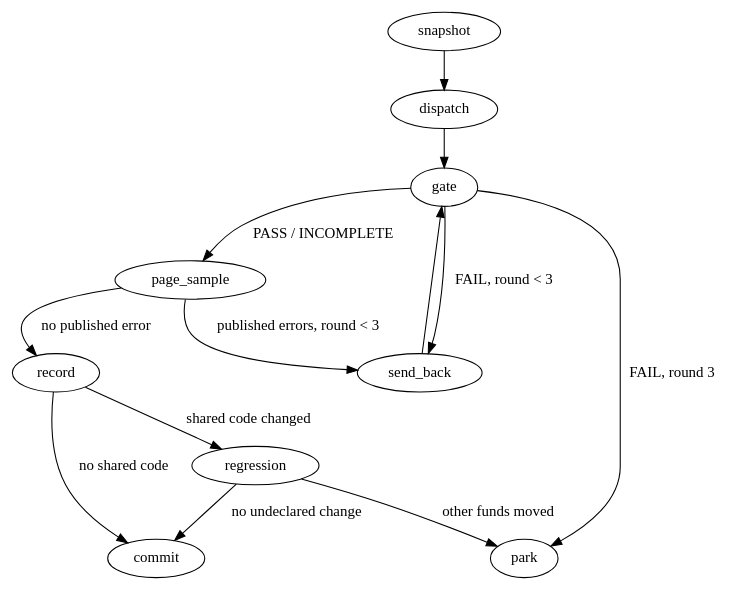
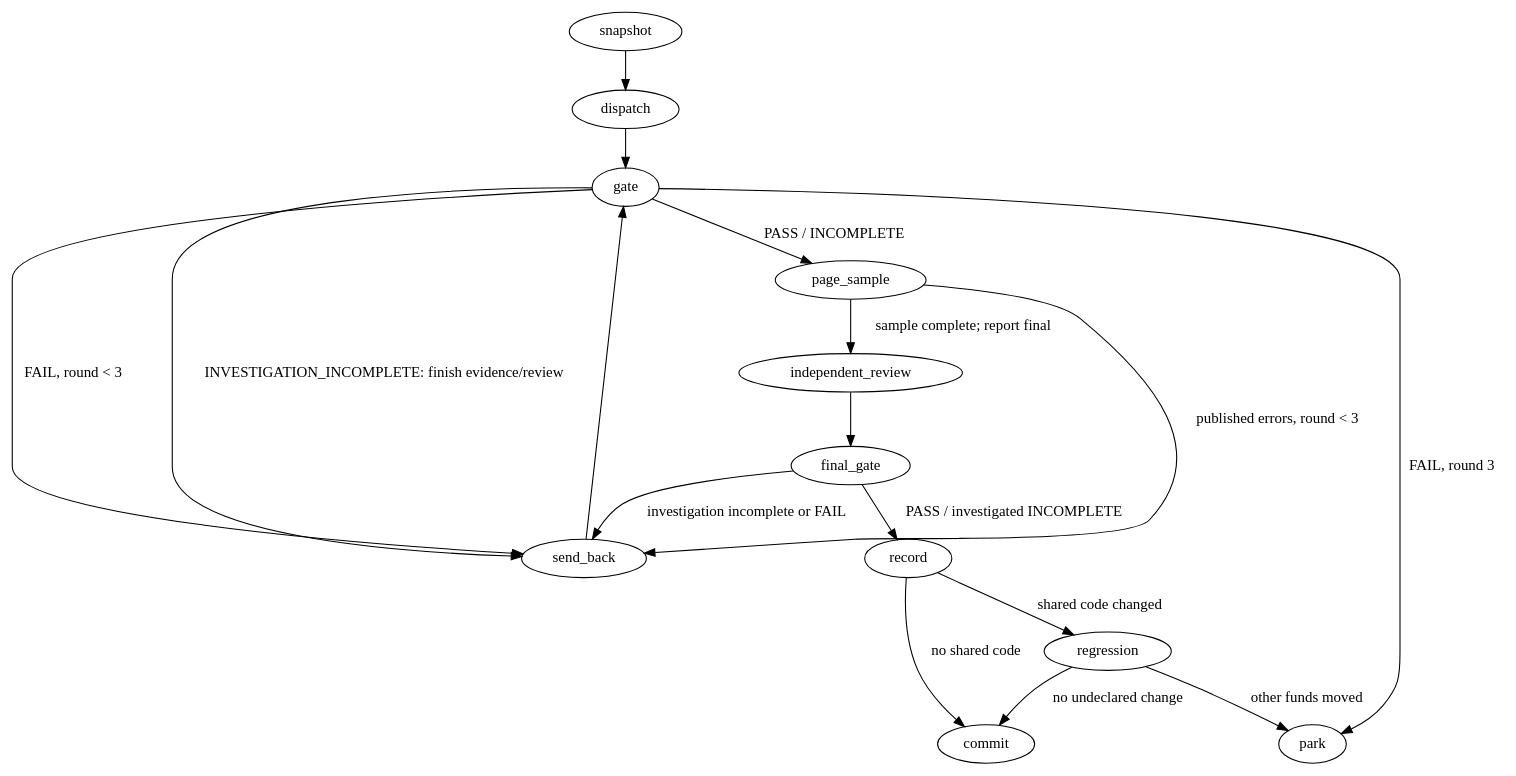
The diagram in .claude/skills/v05-fund-clearing/SKILL.md (JamesCAlger/privatemarketwatch), drawn with Graphviz before and after one commit. The commit also changed other lines of this file and 7 other files, not shown here.

First line of the commit message:
Fund-clearing skill: independent investigation review before acceptance

````diff
--- a/.claude/skills/v05-fund-clearing/SKILL.md
+++ b/.claude/skills/v05-fund-clearing/SKILL.md
@@ -36,15 +37,19 @@
 ```dot
 digraph fund {
   snapshot -> dispatch -> gate;
   gate -> page_sample [label="PASS / INCOMPLETE"];
-  page_sample -> record [label="no published error"];
+  gate -> send_back [label="INVESTIGATION_INCOMPLETE: finish evidence/review"];
+  page_sample -> independent_review [label="sample complete; report final"];
+  independent_review -> final_gate;
+  final_gate -> record [label="PASS / investigated INCOMPLETE"];
+  final_gate -> send_back [label="investigation incomplete or FAIL"];
   page_sample -> send_back [label="published errors, round < 3"];
   gate -> send_back [label="FAIL, round < 3"];
   send_back -> gate;
   gate -> park [label="FAIL, round 3"];
   record -> regression [label="shared code changed"];
   regression -> commit [label="no undeclared change"];
   regression -> park [label="other funds moved"];
   record -> commit [label="no shared code"];
 }
 ```
````
